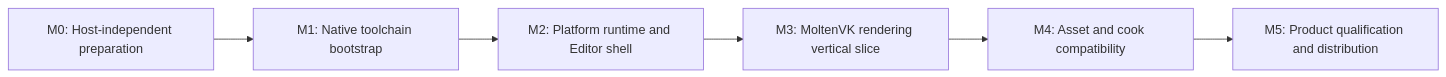
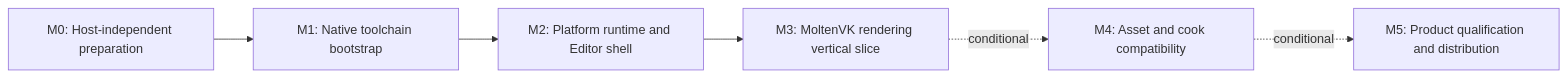
The diagram in Documentation/Roadmaps/MacOSPlatformEnablement.md (zhougy1996/Durin), drawn with Mermaid before and after one commit. The commit also changed other lines of this file and 5 other files, not shown here.

````diff
--- a/Documentation/Roadmaps/MacOSPlatformEnablement.md
+++ b/Documentation/Roadmaps/MacOSPlatformEnablement.md
@@ -142,8 +160,8 @@
 ```mermaid
 flowchart LR
     M0["M0: Host-independent preparation"] --> M1["M1: Native toolchain bootstrap"]
     M1 --> M2["M2: Platform runtime and Editor shell"]
     M2 --> M3["M3: MoltenVK rendering vertical slice"]
-    M3 --> M4["M4: Asset and cook compatibility"]
-    M4 --> M5["M5: Product qualification and distribution"]
+    M3 -. conditional .-> M4["M4: Asset and cook compatibility"]
+    M4 -. conditional .-> M5["M5: Product qualification and distribution"]
 ```
````
